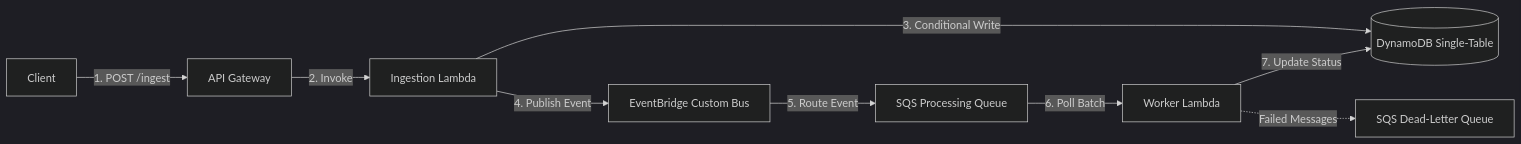
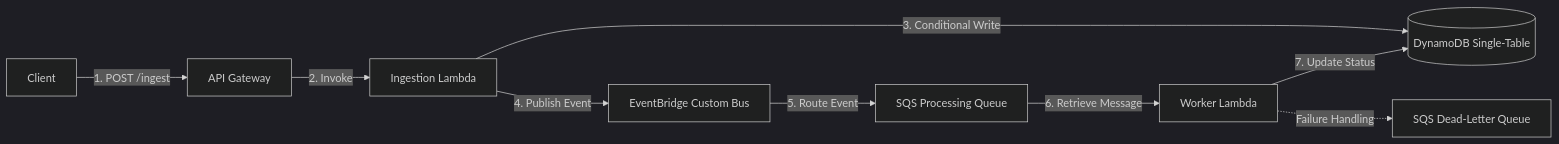
One commit to quypq147/fcj-workshop-template changed the diagram in content/5-Workshop/5.6-Module4-Serverless/_index.md. Above: the diagram before and after it, drawn with Mermaid (dark theme). The commit also changed other lines of this file and 8 other files, not shown here.

````diff
--- a/content/5-Workshop/5.6-Module4-Serverless/_index.md
+++ b/content/5-Workshop/5.6-Module4-Serverless/_index.md
@@ -27,11 +27,11 @@
 ```mermaid
 graph LR
     Client -->|1. POST /ingest| APIGW[API Gateway]
     APIGW -->|2. Invoke| IngestionLambda[Ingestion Lambda]
     IngestionLambda -->|3. Conditional Write| DDB[(DynamoDB Single-Table)]
     IngestionLambda -->|4. Publish Event| EB[EventBridge Custom Bus]
     EB -->|5. Route Event| SQS[SQS Processing Queue]
-    SQS -->|6. Poll Batch| WorkerLambda[Worker Lambda]
+    SQS -->|6. Retrieve Message| WorkerLambda[Worker Lambda]
     WorkerLambda -->|7. Update Status| DDB
-    WorkerLambda -.->|Failed Messages| DLQ[SQS Dead-Letter Queue]
+    WorkerLambda -.->|Failure Handling| DLQ[SQS Dead-Letter Queue]
 ```
````
